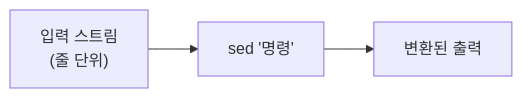
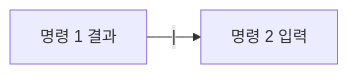
One commit to sbaek100/sbaek100.github.io changed the diagram in _posts/2026-03-06-Linux-4-1.md. Above: the diagram before and after it, drawn with Mermaid. The commit also changed other lines of this file and 3 other files, not shown here.

````diff
--- a/_posts/2026-03-06-Linux-4-1.md
+++ b/_posts/2026-03-06-Linux-4-1.md
@@ -197,5 +45,4 @@
 ```mermaid
 flowchart LR
-    IN["입력 스트림<br/>(줄 단위)"] --> SED["sed '명령'"]
-    SED --> OUT["변환된 출력"]
+    A["명령 1 결과"] -->|"|"| B["명령 2 입력"]
 ```
````
